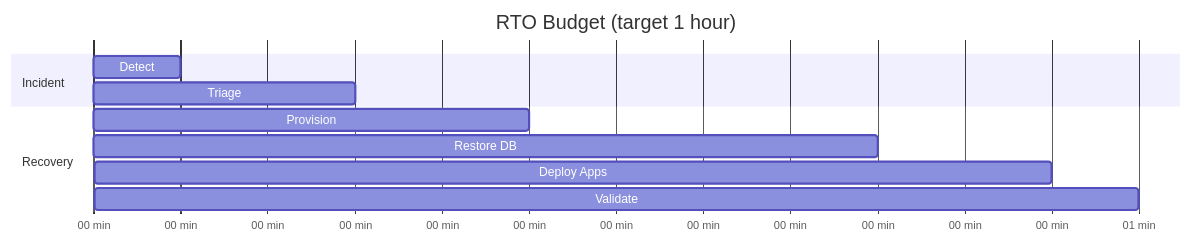
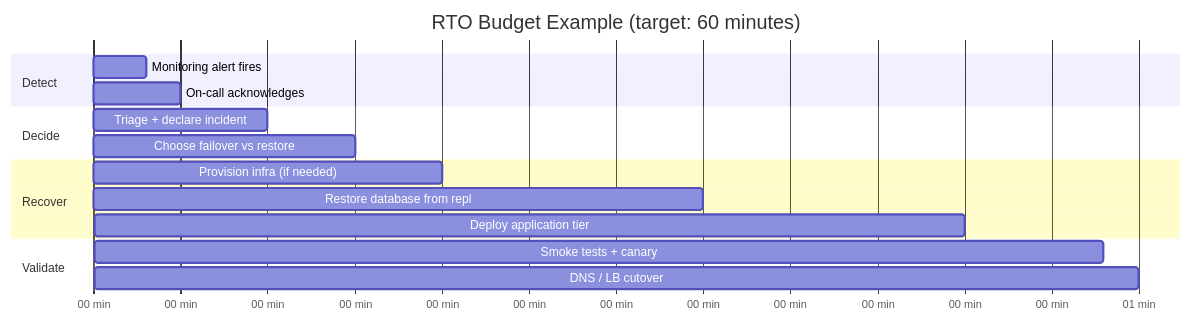
Before and after one commit to hareramcse/SystemDesign: diagram 11 of 21 in 12-reliability-engineering/README.md, drawn with Mermaid. The commit also changed other lines of this file and 14 other files, not shown here.

````diff
--- a/12-reliability-engineering/README.md
+++ b/12-reliability-engineering/README.md
@@ -313,15 +542,20 @@
 ```mermaid
 gantt
-    title RTO Budget (target 1 hour)
+    title RTO Budget Example (target: 60 minutes)
     dateFormat X
     axisFormat %M min
 
-    section Incident
-    Detect           :0, 5
-    Triage           :5, 15
-    section Recovery
-    Provision        :15, 25
-    Restore DB       :25, 45
-    Deploy Apps      :45, 55
-    Validate         :55, 60
+    section Detect
+    Monitoring alert fires     :0, 3
+    On-call acknowledges       :3, 5
+    section Decide
+    Triage + declare incident  :5, 10
+    Choose failover vs restore :10, 15
+    section Recover
+    Provision infra (if needed):15, 20
+    Restore database from repl :20, 35
+    Deploy application tier    :35, 50
+    section Validate
+    Smoke tests + canary       :50, 58
+    DNS / LB cutover           :58, 60
 ```
````
